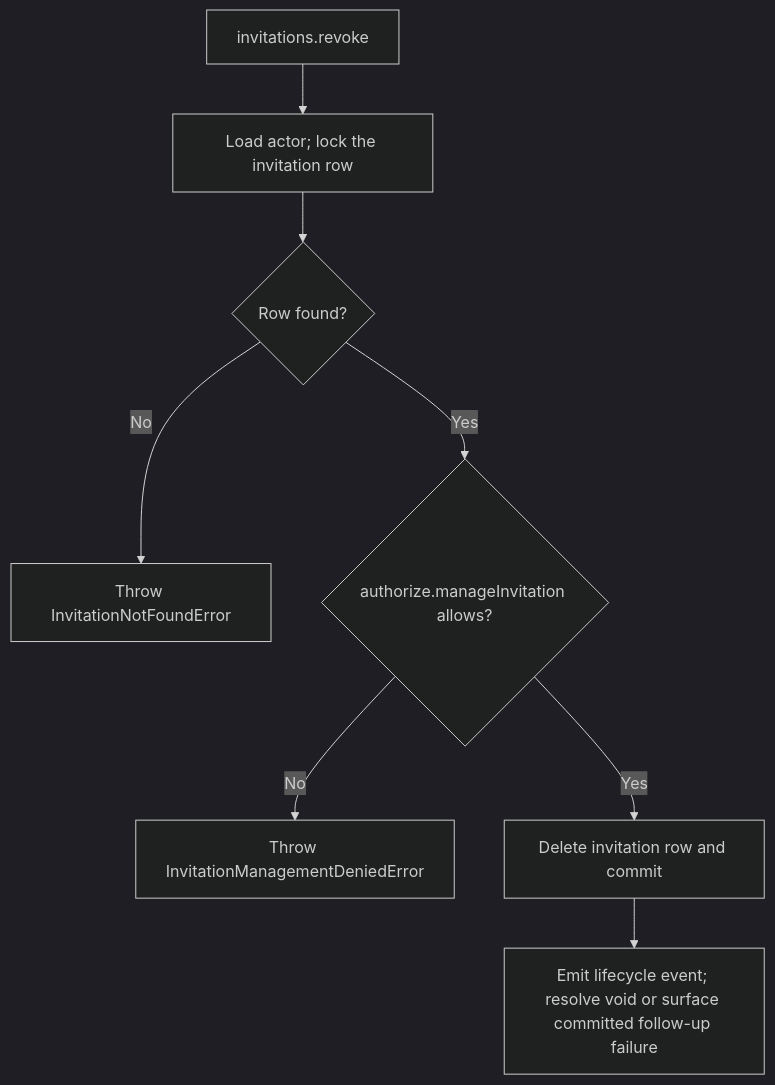
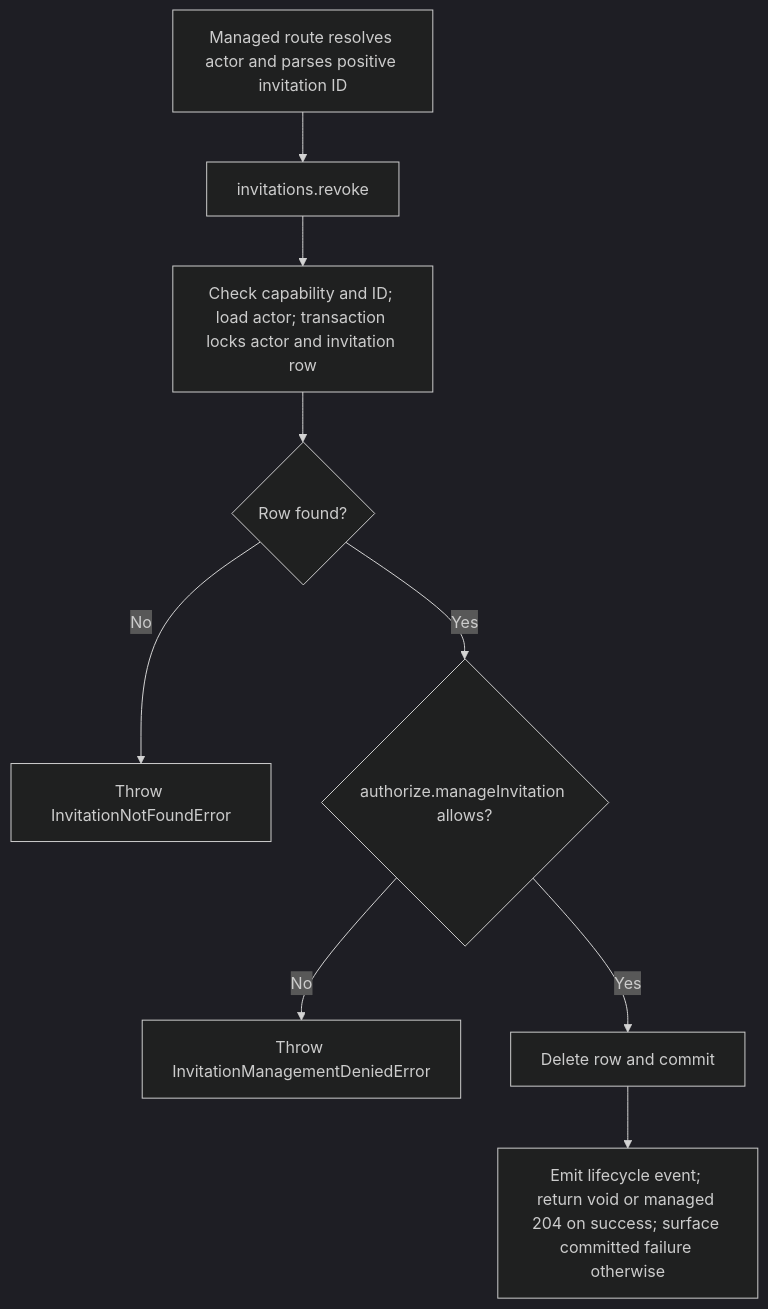
The second of 2 diagrams in user-stories/US-ACCOUNT-12-revoke-invitation.md (Kevinjohn/oss-adonisjs-account-kit), drawn with Mermaid (dark theme) before and after one commit. The commit also changed other lines of this file and 70 other files, not shown here.

````diff
--- a/user-stories/US-ACCOUNT-12-revoke-invitation.md
+++ b/user-stories/US-ACCOUNT-12-revoke-invitation.md
@@ -30,10 +31,11 @@
 ```mermaid
 flowchart TD
- A["invitations.revoke"] --> B["Load actor; lock the invitation row"]
- B --> C{"Row found?"}
- C -->|No| D["Throw InvitationNotFoundError"]
- C -->|Yes| M{"authorize.manageInvitation allows?"}
- M -->|No| N["Throw InvitationManagementDeniedError"]
- M -->|Yes| E["Delete invitation row and commit"]
- E --> F["Emit lifecycle event; resolve void or surface committed follow-up failure"]
+  M["Managed route resolves actor and parses positive invitation ID"] --> A["invitations.revoke"]
+  A --> B["Check capability and ID; load actor; transaction locks actor and invitation row"]
+  B --> C{"Row found?"}
+  C -->|No| D["Throw InvitationNotFoundError"]
+  C -->|Yes| P{"authorize.manageInvitation allows?"}
+  P -->|No| N["Throw InvitationManagementDeniedError"]
+  P -->|Yes| E["Delete row and commit"]
+  E --> F["Emit lifecycle event; return void or managed 204 on success; surface committed failure otherwise"]
 ```
````
